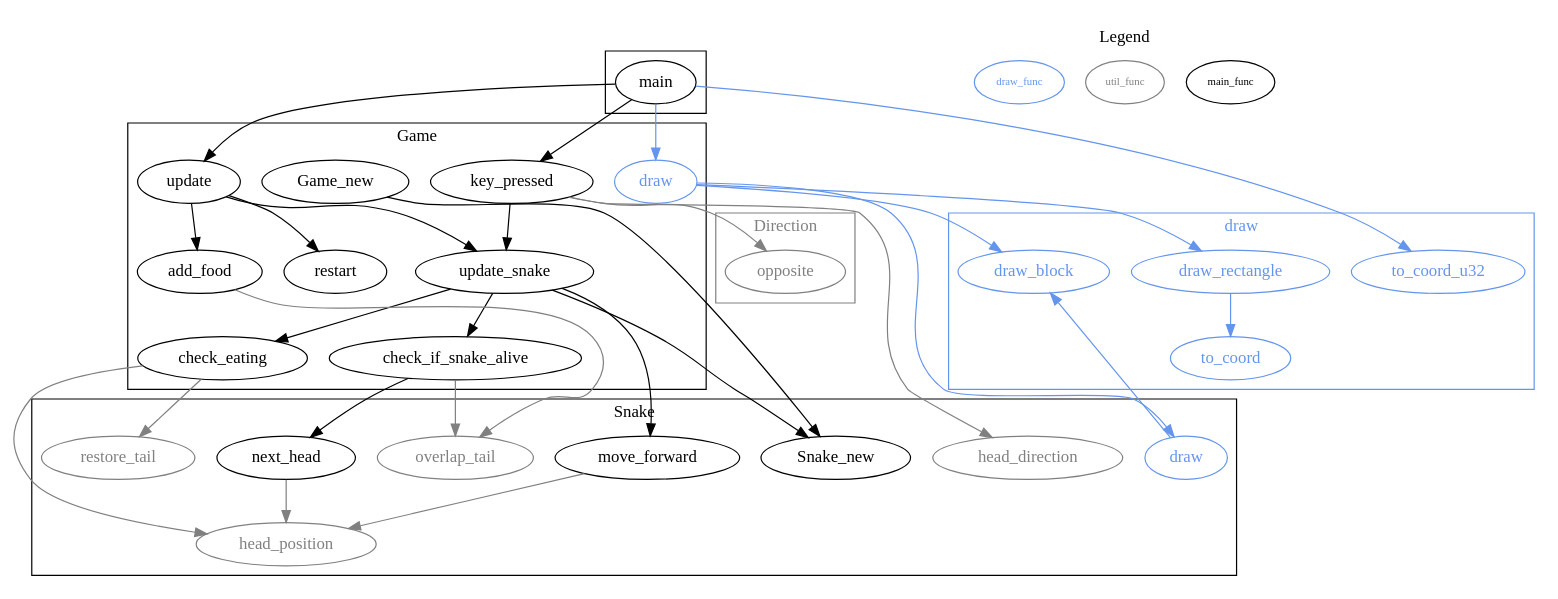
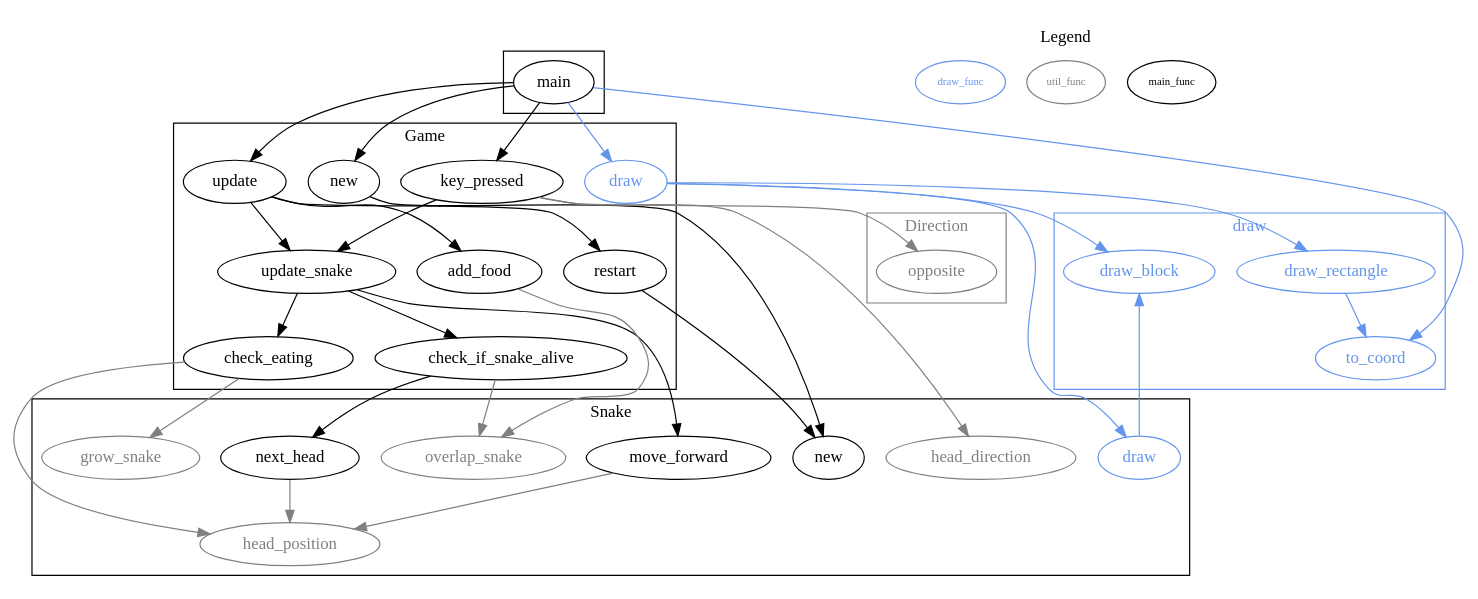
The diagram in flow.dot (joelburton/rust-snake), drawn with Graphviz before and after one commit. The commit also changed 5 other files, not shown here.

Commit message:
docs: add docstrings and flow diagram

```diff
--- a/flow.dot
+++ b/flow.dot
@@ -1,73 +1,74 @@
 digraph {
 
 graph [compound=true]
 
 
 
 subgraph cluster_draw {
 label=draw
 color=cornflowerblue
 fontcolor=cornflowerblue
 to_coord [color=cornflowerblue fontcolor=cornflowerblue]
-to_coord_u32 [color=cornflowerblue fontcolor=cornflowerblue]
 draw_block [color=cornflowerblue fontcolor=cornflowerblue]
 draw_rectangle [color=cornflowerblue fontcolor=cornflowerblue]
 draw_rectangle -> to_coord [color=cornflowerblue]
 }
 
 
 subgraph cluster_direction {
 label = Direction
 color=grey
 fontcolor=grey
 opposite [color=grey fontcolor=grey]
 }
 
 subgraph cluster_snake {
 label = Snake
-Snake_new
+Snake_new [label=new]
 Snake_draw [label = draw color=cornflowerblue fontcolor=cornflowerblue]
 Snake_draw -> {draw_block} [color=cornflowerblue]
 head_position
 move_forward -> {head_position} [color=grey fontcolor=grey]
 head_direction [fontcolor=grey color=grey]
 head_position [color=grey fontcolor=grey]
 next_head -> {head_position} [color=grey]
-restore_tail [color=grey fontcolor=grey]
-overlap_tail [color=grey fontcolor=grey]
+grow_snake [color=grey fontcolor=grey]
+overlap_snake [color=grey fontcolor=grey]
 }
 
 subgraph cluster_game {
 label = Game
+Game_new [label=new]
 Game_new -> {Snake_new}
 key_pressed -> {head_direction, opposite} [color=grey]
 key_pressed -> {update_snake}
 Game_draw [label = draw color=cornflowerblue fontcolor=cornflowerblue]
 Game_draw -> {Snake_draw, draw_block, draw_rectangle} [color=cornflowerblue]
 update -> {restart, add_food, update_snake}
-check_eating -> {head_position, restore_tail} [color=grey]
+restart -> {Snake_new}
+check_eating -> {head_position, grow_snake} [color=grey]
 check_if_snake_alive -> {next_head}
-check_if_snake_alive -> {overlap_tail} [color=grey]
-add_food -> {overlap_tail} [color=grey]
-update_snake -> {check_if_snake_alive, move_forward, check_eating, Snake_new}
+check_if_snake_alive -> {overlap_snake} [color=grey]
+add_food -> {overlap_snake} [color=grey]
+update_snake -> {check_if_snake_alive, move_forward, check_eating}
 }
 
 subgraph cluster_main {
-main -> { key_pressed, update }
-main -> {to_coord_u32 } [color=cornflowerblue weight=2]
+main -> { key_pressed, update, Game_new }
+main -> {to_coord } [color=cornflowerblue weight=2]
 main -> {Game_draw } [color=cornflowerblue]
 }
 
 
 subgraph cluster_legend {
 label=Legend
 node [fontsize=9]
 color=none
 main_func
 util_func [color=grey fontcolor=grey]
 draw_func [color=cornflowerblue fontcolor=cornflowerblue]
 }
 
 draw_block -> Game_draw [weight=1 style=invis]
 
 }
```
